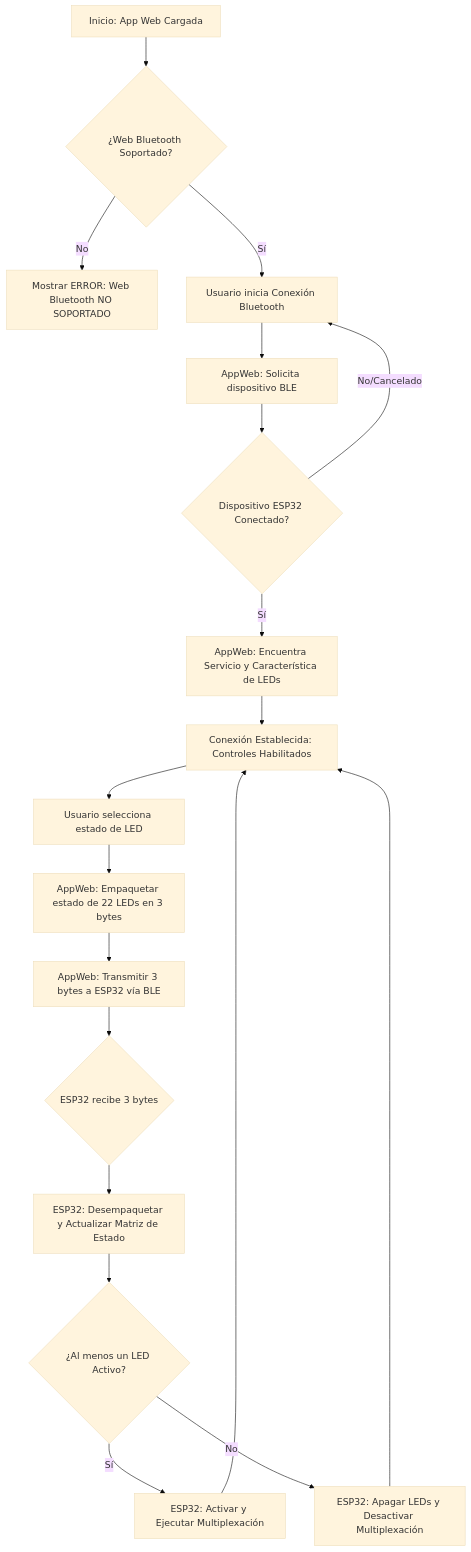
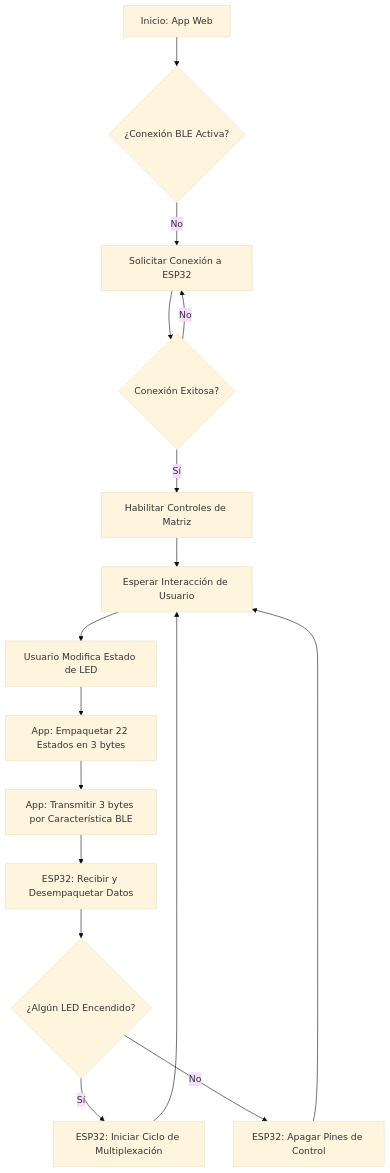
One commit to proyectoitsv/2025_SolarWAY changed the diagram in Diagramas/Diagrama_de_flujo.mmd. Above: the diagram before and after it, drawn with Mermaid (base theme). The commit also changed 3 other files, not shown here.

Commit message:
version nueva diagramas

```diff
--- a/Diagramas/Diagrama_de_flujo.mmd
+++ b/Diagramas/Diagrama_de_flujo.mmd
@@ -1,27 +1,22 @@
 flowchart TD
-    A[Inicio: App Web Cargada] --> B{¿Web Bluetooth Soportado?};
+    A[Inicio: App Web] --> B{¿Conexión BLE Activa?};
 
-    B -- No --> C[Mostrar ERROR: Web Bluetooth NO SOPORTADO];
-    B -- Sí --> D[Usuario inicia Conexión Bluetooth];
+    B -- No --> C[Solicitar Conexión a ESP32];
+    C --> D{Conexión Exitosa?};
+    D -- No --> C;
+    D -- Sí --> E[Habilitar Controles de Matriz];
 
-    D --> E[AppWeb: Solicita dispositivo BLE];
-    E --> F{Dispositivo ESP32 Conectado?};
+    E --> F[Esperar Interacción de Usuario];
+    F --> G[Usuario Modifica Estado de LED];
 
-    F -- No/Cancelado --> D;
-    F -- Sí --> G[AppWeb: Encuentra Servicio y Característica de LEDs];
+    G --> H[App: Empaquetar 22 Estados en 3 bytes];
+    H --> I[App: Transmitir 3 bytes por Característica BLE];
 
-    G --> H[Conexión Establecida: Controles Habilitados];
+    I --> J[ESP32: Recibir y Desempaquetar Datos];
+    J --> K{¿Algún LED Encendido?};
 
-    H --> I[Usuario selecciona estado de LED];
-    I --> J[AppWeb: Empaquetar estado de 22 LEDs en 3 bytes];
-    J --> K[AppWeb: Transmitir 3 bytes a ESP32 vía BLE];
+    K -- Sí --> L[ESP32: Iniciar Ciclo de Multiplexación];
+    K -- No --> M[ESP32: Apagar Pines de Control];
 
-    K --> L{ESP32 recibe 3 bytes};
-    L --> M[ESP32: Desempaquetar y Actualizar Matriz de Estado];
-    M --> N{¿Al menos un LED Activo?};
-
-    N -- Sí --> O[ESP32: Activar y Ejecutar Multiplexación];
-    N -- No --> P[ESP32: Apagar LEDs y Desactivar Multiplexación];
-
-    O --> H;
-    P --> H;
+    L --> F;
+    M --> F;
```
